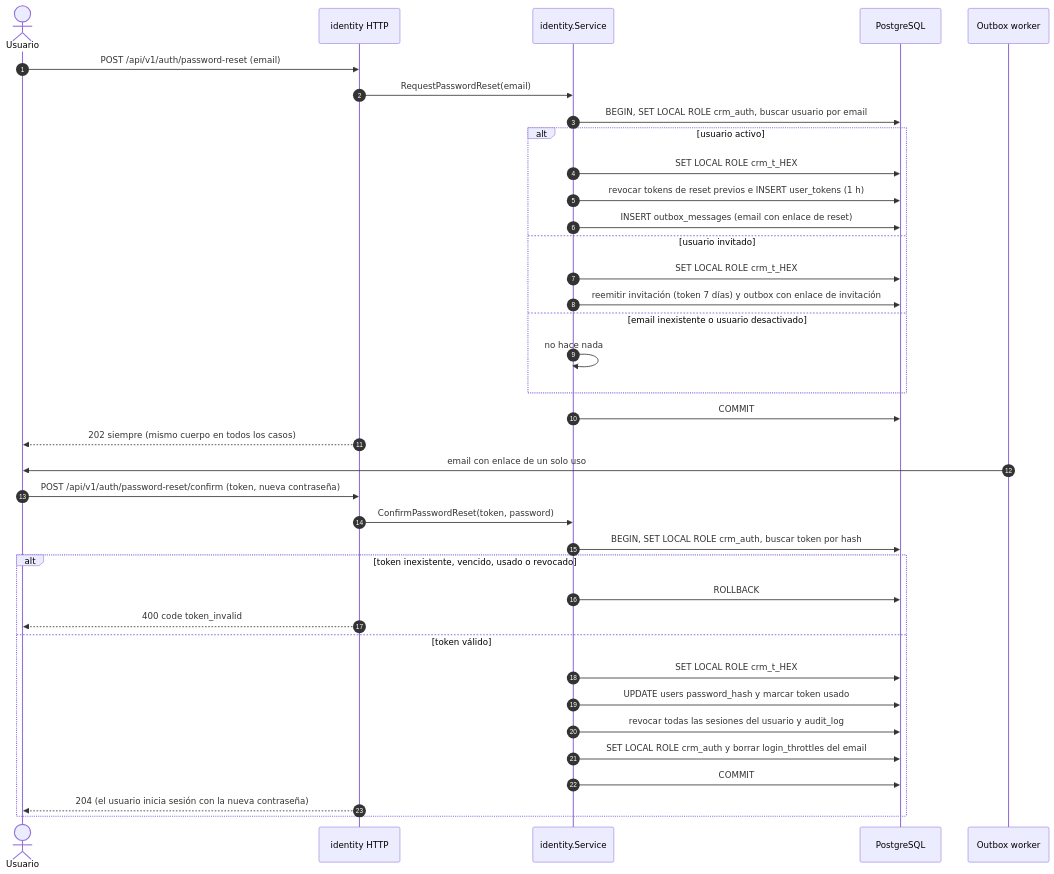
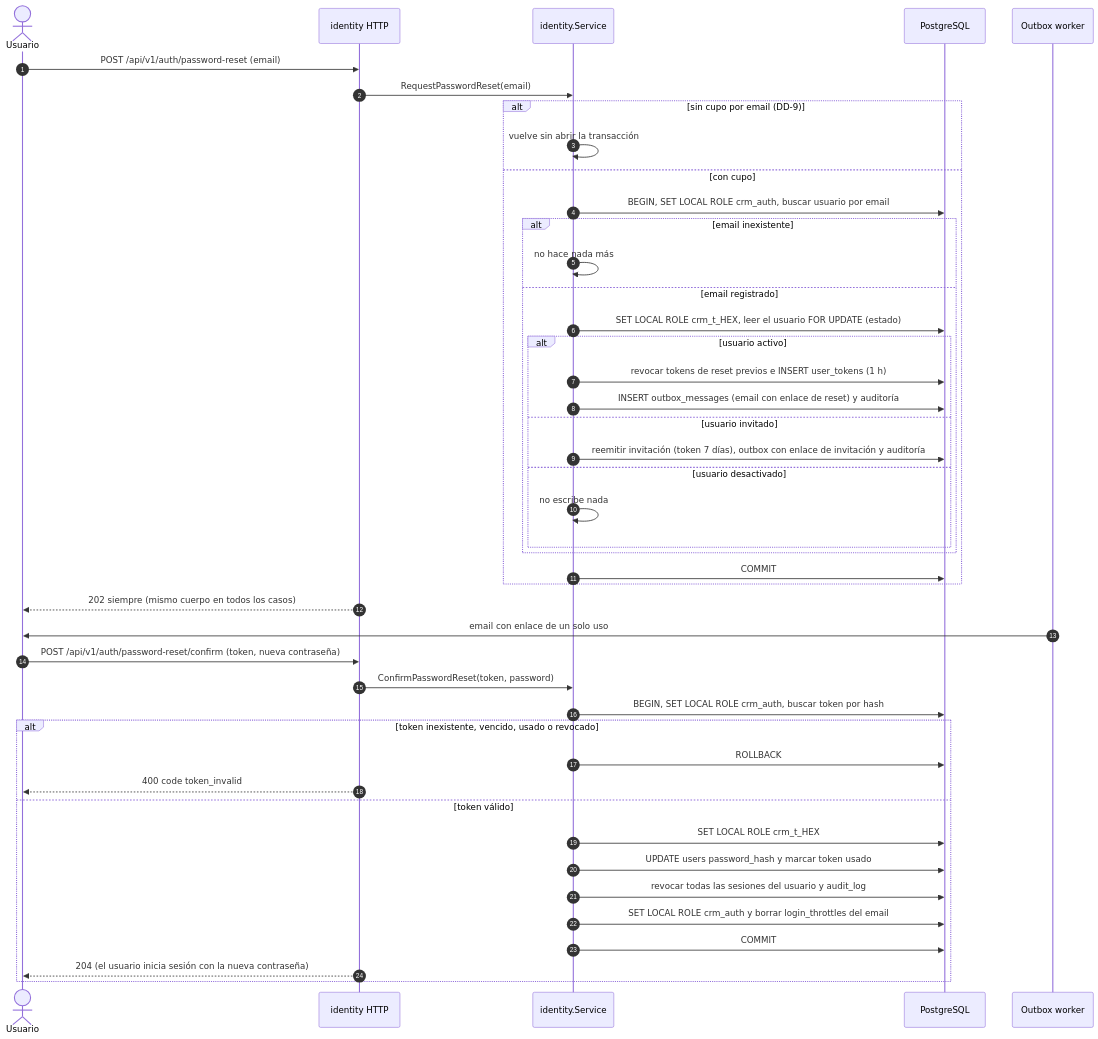
Before and after one commit to fdelillo/crm: the fifth of 12 diagrams in specs/001-empresas-usuarios/plan.md, drawn with Mermaid. The commit also changed other lines of this file and 1 other file, not shown here.

Commit message:
docs(001): correct DD-39 sample bound and reset paths
Address the PR #12 review. The rate limiters are token buckets (burst
plus refill), not hard per-hour caps: the per-email reset limiter lets
up to 3 + floor(T/20 min) requests reach the transaction in a window T.
The reset request also has three timing paths, not two: a disabled
account adds the tenant switch and a FOR UPDATE read over a missing
email.

DD-9 now states burst and refill for each quota. DD-39, R-7 and the
section 4.5 diagram describe the three paths, and DD-39 (3) becomes a
secondary argument. The decision does not change: registration already
confirms that an email exists, whatever the account state. No code or
contract changes.

````diff
--- a/specs/001-empresas-usuarios/plan.md
+++ b/specs/001-empresas-usuarios/plan.md
@@ -448,41 +448,48 @@
 ```mermaid
 sequenceDiagram
     autonumber
     actor U as Usuario
     participant H as identity HTTP
     participant S as identity.Service
     participant DB as PostgreSQL
     participant W as Outbox worker
 
     U->>H: POST /api/v1/auth/password-reset (email)
     H->>S: RequestPasswordReset(email)
-    S->>DB: BEGIN, SET LOCAL ROLE crm_auth, buscar usuario por email
-    alt usuario activo
-        S->>DB: SET LOCAL ROLE crm_t_HEX
-        S->>DB: revocar tokens de reset previos e INSERT user_tokens (1 h)
-        S->>DB: INSERT outbox_messages (email con enlace de reset)
-    else usuario invitado
-        S->>DB: SET LOCAL ROLE crm_t_HEX
-        S->>DB: reemitir invitación (token 7 días) y outbox con enlace de invitación
-    else email inexistente o usuario desactivado
-        S->>S: no hace nada
+    alt sin cupo por email (DD-9)
+        S->>S: vuelve sin abrir la transacción
+    else con cupo
+        S->>DB: BEGIN, SET LOCAL ROLE crm_auth, buscar usuario por email
+        alt email inexistente
+            S->>S: no hace nada más
+        else email registrado
+            S->>DB: SET LOCAL ROLE crm_t_HEX, leer el usuario FOR UPDATE (estado)
+            alt usuario activo
+                S->>DB: revocar tokens de reset previos e INSERT user_tokens (1 h)
+                S->>DB: INSERT outbox_messages (email con enlace de reset) y auditoría
+            else usuario invitado
+                S->>DB: reemitir invitación (token 7 días), outbox con enlace de invitación y auditoría
+            else usuario desactivado
+                S->>S: no escribe nada
+            end
+        end
+        S->>DB: COMMIT
     end
-    S->>DB: COMMIT
     H-->>U: 202 siempre (mismo cuerpo en todos los casos)
     W->>U: email con enlace de un solo uso
 
     U->>H: POST /api/v1/auth/password-reset/confirm (token, nueva contraseña)
     H->>S: ConfirmPasswordReset(token, password)
     S->>DB: BEGIN, SET LOCAL ROLE crm_auth, buscar token por hash
     alt token inexistente, vencido, usado o revocado
         S->>DB: ROLLBACK
         H-->>U: 400 code token_invalid
     else token válido
         S->>DB: SET LOCAL ROLE crm_t_HEX
         S->>DB: UPDATE users password_hash y marcar token usado
         S->>DB: revocar todas las sesiones del usuario y audit_log
         S->>DB: SET LOCAL ROLE crm_auth y borrar login_throttles del email
         S->>DB: COMMIT
         H-->>U: 204 (el usuario inicia sesión con la nueva contraseña)
     end
 ```
````
